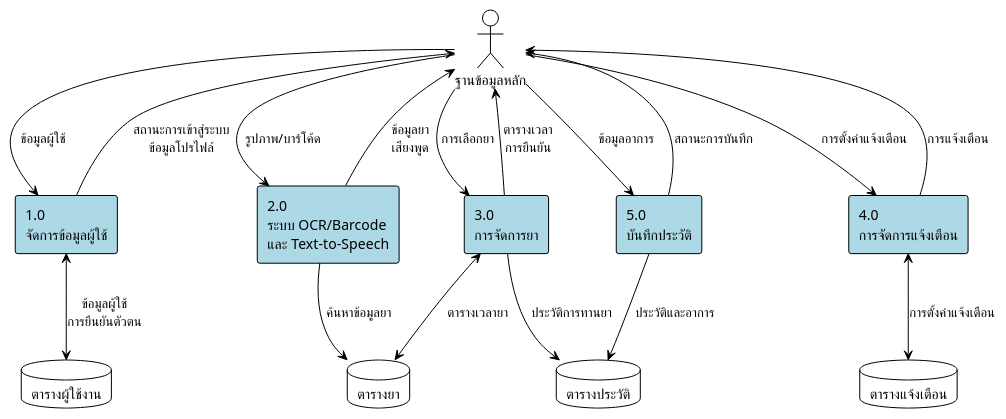
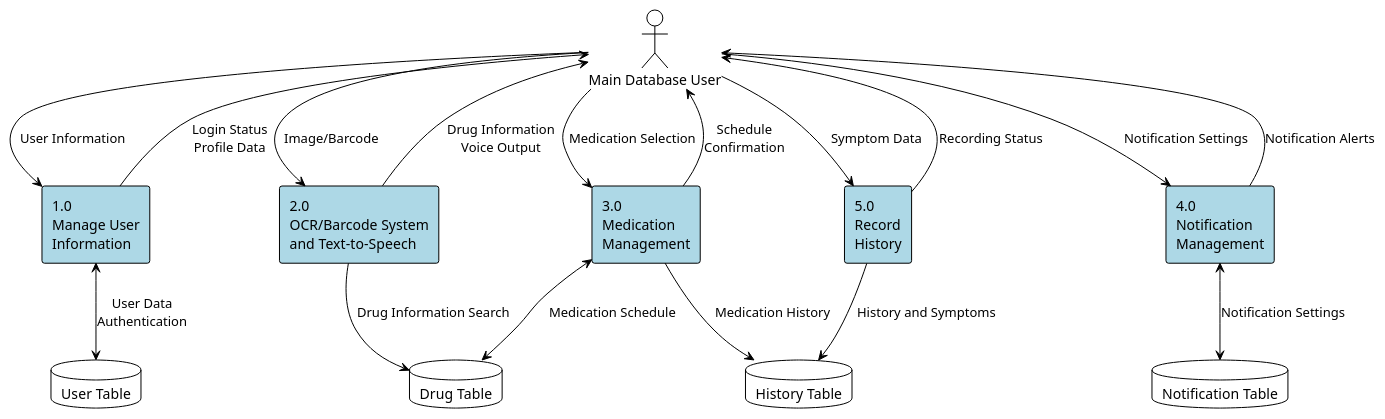
One commit to jell-lynn/capyadoo-dfd changed the diagram in dfd-level1-capyadoo.puml. Above: the diagram before and after it, drawn with PlantUML.

```diff
--- a/dfd-level1-capyadoo.puml
+++ b/dfd-level1-capyadoo.puml
@@ -1,43 +1,69 @@
-@startuml CapYaDoo_Level1_DFD
+@startuml CapYaDoo_Level1_DFD_English
 !theme plain
 skinparam backgroundColor white
 skinparam rectangle {
     BackgroundColor lightblue
     BorderColor black
 }
 
-actor "ฐานข้อมูลหลัก" as Admin
-database "ตารางผู้ใช้งาน" as UserDB
-database "ตารางยา" as DrugDB  
-database "ตารางประวัติ" as HistoryDB
-database "ตารางแจ้งเตือน" as NotifDB
+' ฐานข้อมูลหลัก = Main Database User
+actor "Main Database User" as Admin
+' ตารางผู้ใช้งาน = User Table
+database "User Table" as UserDB
+' ตารางยา = Drug Table  
+database "Drug Table" as DrugDB  
+' ตารางประวัติ = History Table
+database "History Table" as HistoryDB
+' ตารางแจ้งเตือน = Notification Table
+database "Notification Table" as NotifDB
 
-rectangle "1.0\nจัดการข้อมูลผู้ใช้" as P1
-rectangle "2.0\nระบบ OCR/Barcode\nและ Text-to-Speech" as P2
-rectangle "3.0\nการจัดการยา" as P3
-rectangle "4.0\nการจัดการแจ้งเตือน" as P4
-rectangle "5.0\nบันทึกประวัติ" as P5
+' จัดการข้อมูลผู้ใช้ = Manage User Information
+rectangle "1.0\nManage User\nInformation" as P1
+' ระบบ OCR/Barcode และ Text-to-Speech = OCR/Barcode System and Text-to-Speech
+rectangle "2.0\nOCR/Barcode System\nand Text-to-Speech" as P2
+' การจัดการยา = Medication Management
+rectangle "3.0\nMedication\nManagement" as P3
+' การจัดการแจ้งเตือน = Notification Management
+rectangle "4.0\nNotification\nManagement" as P4
+' บันทึกประวัติ = Record History
+rectangle "5.0\nRecord\nHistory" as P5
 
 ' Input from Admin
-Admin --> P1 : ข้อมูลผู้ใช้
-Admin --> P2 : รูปภาพ/บาร์โค้ด
-Admin --> P3 : การเลือกยา
-Admin --> P4 : การตั้งค่าแจ้งเตือน
-Admin --> P5 : ข้อมูลอาการ
+' ข้อมูลผู้ใช้ = User Information
+Admin --> P1 : User Information
+' รูปภาพ/บาร์โค้ด = Image/Barcode
+Admin --> P2 : Image/Barcode
+' การเลือกยา = Medication Selection
+Admin --> P3 : Medication Selection
+' การตั้งค่าแจ้งเตือน = Notification Settings
+Admin --> P4 : Notification Settings
+' ข้อมูลอาการ = Symptom Data
+Admin --> P5 : Symptom Data
 
 ' Output to Admin
-P1 --> Admin : สถานะการเข้าสู่ระบบ\nข้อมูลโปรไฟล์
-P2 --> Admin : ข้อมูลยา\nเสียงพูด
-P3 --> Admin : ตารางเวลา\nการยืนยัน
-P4 --> Admin : การแจ้งเตือน
-P5 --> Admin : สถานะการบันทึก
+' สถานะการเข้าสู่ระบบ = Login Status, ข้อมูลโปรไฟล์ = Profile Data
+P1 --> Admin : Login Status\nProfile Data
+' ข้อมูลยา = Drug Information, เสียงพูด = Voice Output
+P2 --> Admin : Drug Information\nVoice Output
+' ตารางเวลา = Schedule, การยืนยัน = Confirmation
+P3 --> Admin : Schedule\nConfirmation
+' การแจ้งเตือน = Notification Alerts
+P4 --> Admin : Notification Alerts
+' สถานะการบันทึก = Recording Status
+P5 --> Admin : Recording Status
 
 ' Database connections
-P1 <--> UserDB : ข้อมูลผู้ใช้\nการยืนยันตัวตน
-P2 --> DrugDB : ค้นหาข้อมูลยา
-P3 <--> DrugDB : ตารางเวลายา
-P3 --> HistoryDB : ประวัติการทานยา
-P4 <--> NotifDB : การตั้งค่าแจ้งเตือน
-P5 --> HistoryDB : ประวัติและอาการ
+' ข้อมูลผู้ใช้ = User Data, การยืนยันตัวตน = Authentication
+P1 <--> UserDB : User Data\nAuthentication
+' ค้นหาข้อมูลยา = Drug Information Search
+P2 --> DrugDB : Drug Information Search
+' ตารางเวลายา = Medication Schedule
+P3 <--> DrugDB : Medication Schedule
+' ประวัติการทานยา = Medication History
+P3 --> HistoryDB : Medication History
+' การตั้งค่าแจ้งเตือน = Notification Settings
+P4 <--> NotifDB : Notification Settings
+' ประวัติและอาการ = History and Symptoms
+P5 --> HistoryDB : History and Symptoms
 
 @enduml
```
